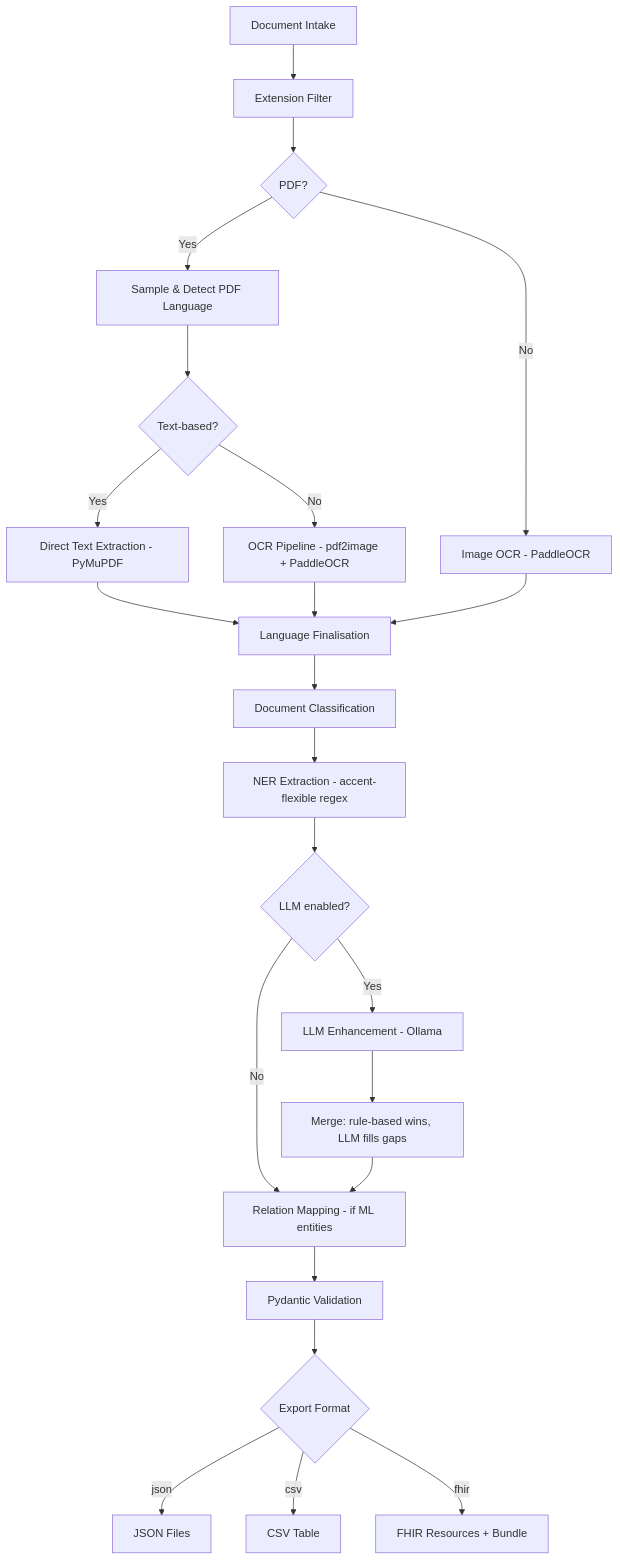
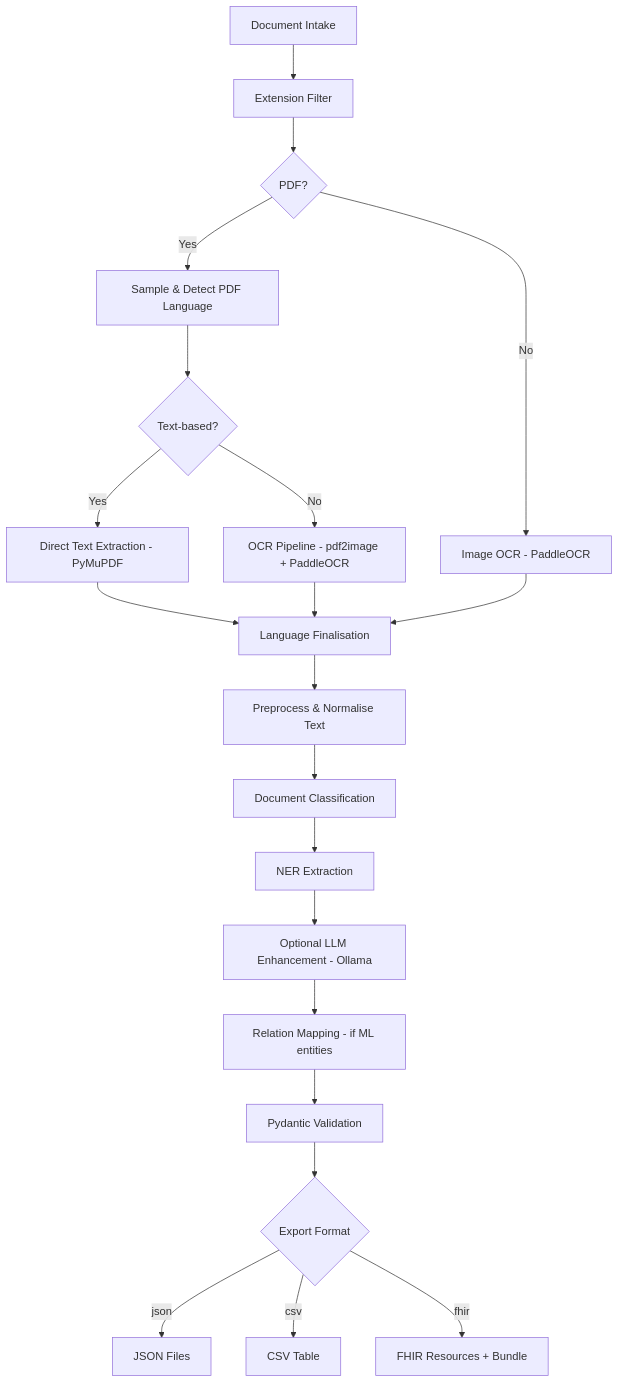
The diagram in README.md (pierremontanov/HealthParse), drawn with Mermaid before and after one commit. The commit also changed other lines of this file and 1 other file, not shown here.

Commit message:
docs: update README and developer guide for PP-OCRv6, LLM layer, and benchmark

````diff
--- a/README.md
+++ b/README.md
@@ -40,25 +38,23 @@
 ```mermaid
 graph TD
     A[Document Intake] --> B[Extension Filter]
     B --> C{PDF?}
     C -- Yes --> D[Sample & Detect PDF Language]
     D --> E{Text-based?}
     E -- Yes --> F[Direct Text Extraction - PyMuPDF]
     E -- No --> G[OCR Pipeline - pdf2image + PaddleOCR]
     F --> H[Language Finalisation]
     G --> H
     C -- No --> I[Image OCR - PaddleOCR]
     I --> H
-    H --> J[Document Classification]
-    J --> K[NER Extraction - accent-flexible regex]
-    K --> K2{LLM enabled?}
-    K2 -- Yes --> K3[LLM Enhancement - Ollama]
-    K3 --> K4[Merge: rule-based wins, LLM fills gaps]
-    K2 -- No --> L[Relation Mapping - if ML entities]
-    K4 --> L
-    L --> M[Pydantic Validation]
-    M --> N{Export Format}
-    N -- json --> O[JSON Files]
-    N -- csv --> P[CSV Table]
-    N -- fhir --> Q[FHIR Resources + Bundle]
+    H --> J[Preprocess & Normalise Text]
+    J --> K[Document Classification]
+    K --> L[NER Extraction]
+    L --> M[Optional LLM Enhancement - Ollama]
+    M --> N[Relation Mapping - if ML entities]
+    N --> O[Pydantic Validation]
+    O --> P{Export Format}
+    P -- json --> Q[JSON Files]
+    P -- csv --> R[CSV Table]
+    P -- fhir --> S[FHIR Resources + Bundle]
 ```
````
